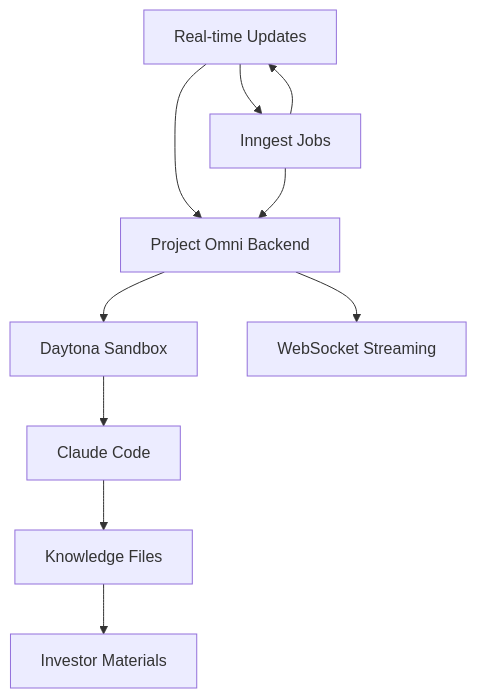
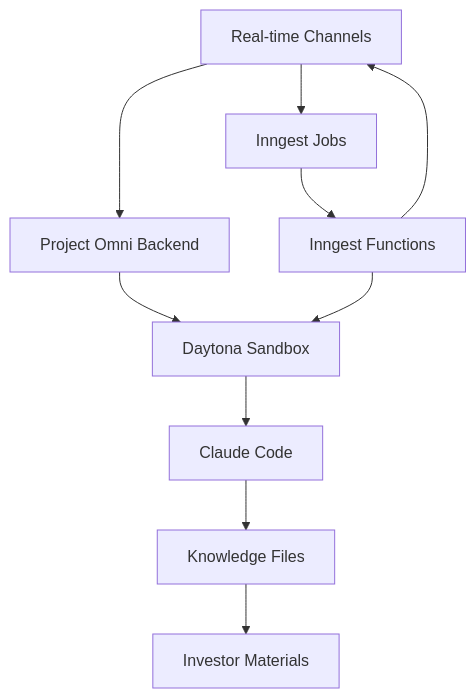
The diagram in ai_docs/mvp-implementation-plan.md (j4redux/contex-comms-autopilot), drawn with Mermaid before and after one commit. The commit also changed other lines of this file and 10 other files, not shown here.

````diff
--- a/ai_docs/mvp-implementation-plan.md
+++ b/ai_docs/mvp-implementation-plan.md
@@ -61,15 +61,14 @@
 ```mermaid
 graph TB
     UI[Next.js Frontend] --> API[Project Omni Backend]
     UI --> Inngest[Inngest Jobs]
     
     API --> Sandbox[Daytona Sandbox]
-    API --> WS[WebSocket Streaming]
-    
-    Inngest --> API
-    Inngest --> UI[Real-time Updates]
+    Inngest --> InngestFunc[Inngest Functions]
+    InngestFunc --> Sandbox
+    InngestFunc --> UI[Real-time Channels]
     
     Sandbox --> Claude[Claude Code]
     Claude --> Knowledge[Knowledge Files]
     Knowledge --> Deliverables[Investor Materials]
 ```
````
